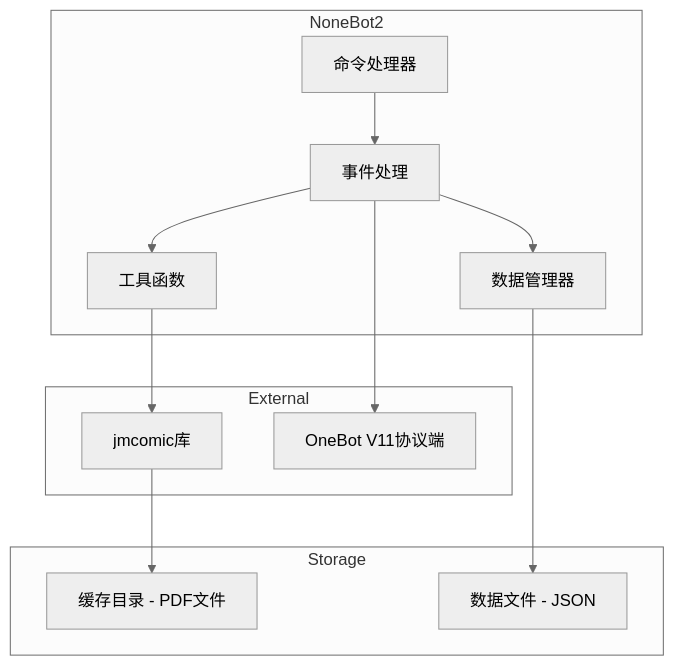
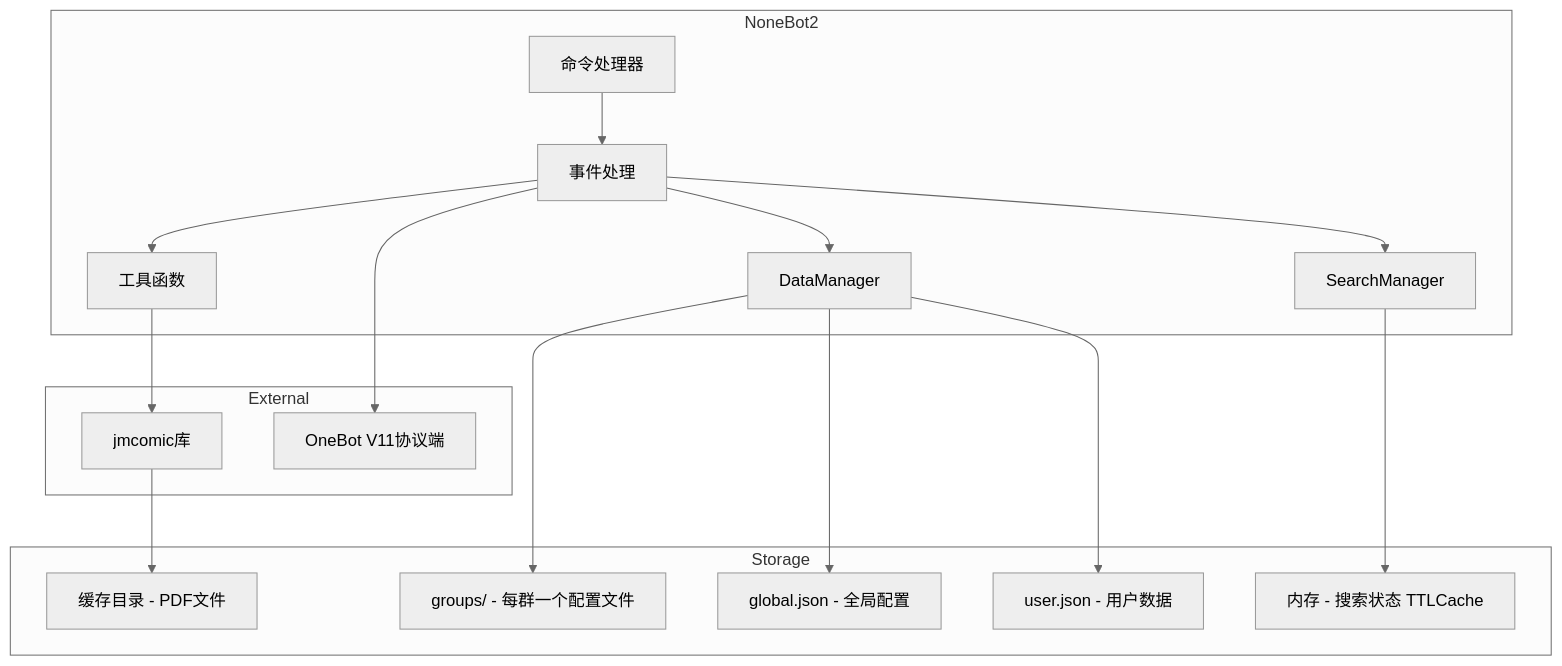
One commit to Misty02600/nonebot-plugin-jmdownloader changed the first of 2 diagrams in memory-bank/systemPatterns.md. Above: the diagram before and after it, drawn with Mermaid (neutral theme). The commit also changed other lines of this file and 57 other files, not shown here.

````diff
--- a/memory-bank/systemPatterns.md
+++ b/memory-bank/systemPatterns.md
@@ -5,23 +24,30 @@
 ```mermaid
 flowchart TB
     subgraph NoneBot2
         CMD[命令处理器] --> Handler[事件处理]
         Handler --> Utils[工具函数]
-        Handler --> DataMgr[数据管理器]
+        Handler --> DataMgr[DataManager]
+        Handler --> SearchMgr[SearchManager]
     end
 
     subgraph External
         JMLib[jmcomic库]
         QQBot[OneBot V11协议端]
     end
 
     subgraph Storage
         Cache[缓存目录 - PDF文件]
-        Data[数据文件 - JSON]
+        GroupsDir[groups/ - 每群一个配置文件]
+        GlobalJSON[global.json - 全局配置]
+        UserJSON[user.json - 用户数据]
+        Memory[内存 - 搜索状态 TTLCache]
     end
 
     Utils --> JMLib
     Handler --> QQBot
-    DataMgr --> Data
+    DataMgr --> GroupsDir
+    DataMgr --> GlobalJSON
+    DataMgr --> UserJSON
     JMLib --> Cache
+    SearchMgr --> Memory
 ```
````
